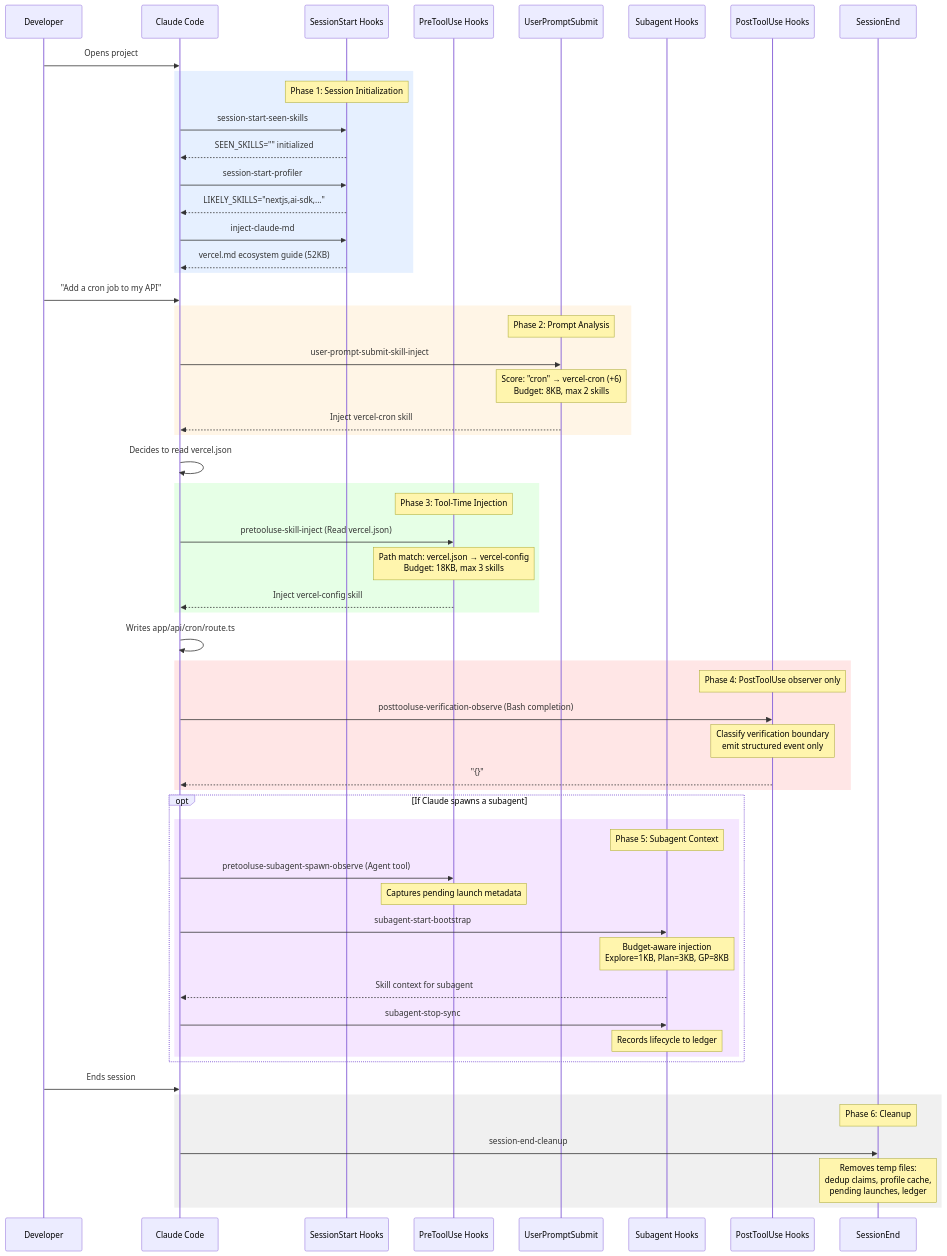
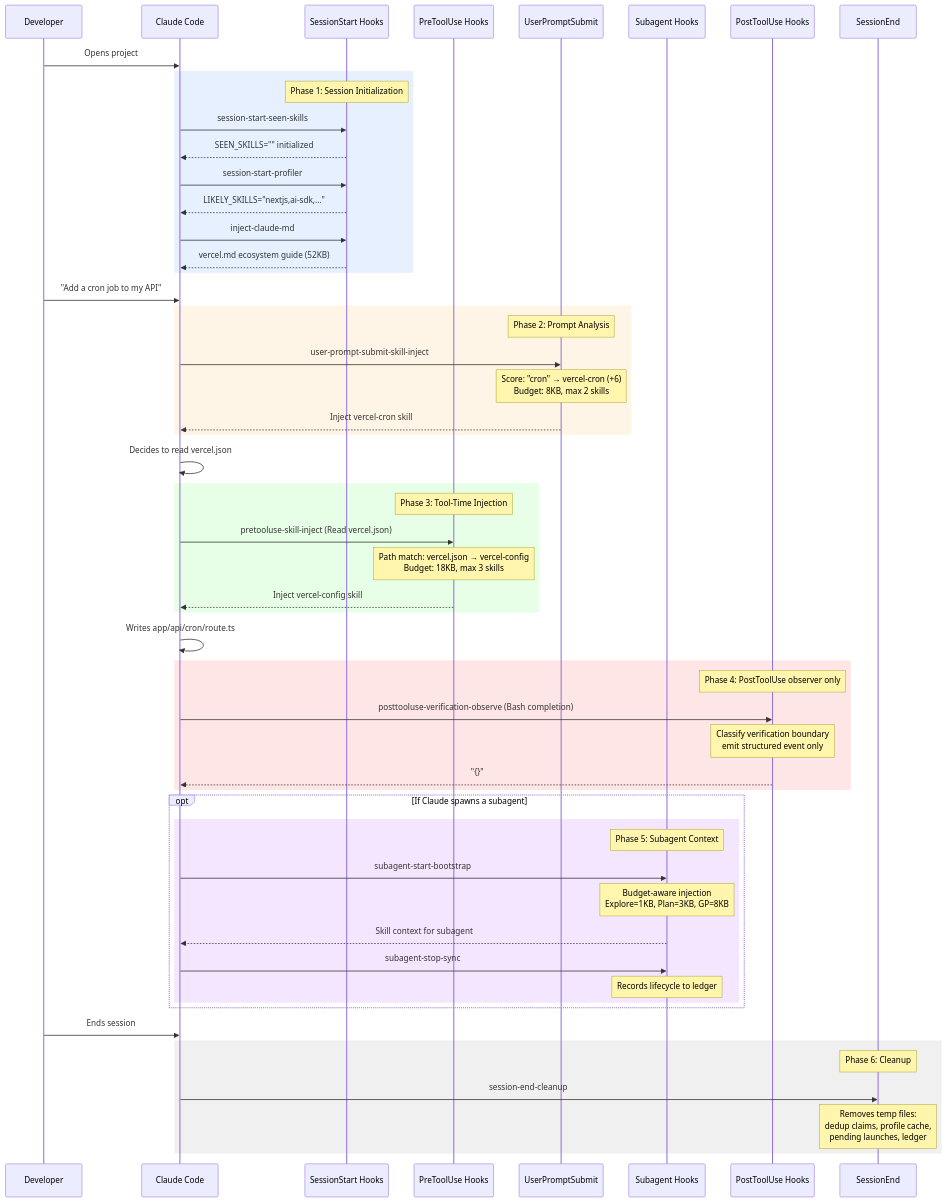
Before and after one commit to vercel-labs/vercel-plugin: the second of 2 diagrams in docs/01-architecture-overview.md, drawn with Mermaid. The commit also changed other lines of this file and 21 other files, not shown here.

Commit message:
removing subagent-spawn-observe

````diff
--- a/docs/01-architecture-overview.md
+++ b/docs/01-architecture-overview.md
@@ -108,71 +107,69 @@
 ```mermaid
 sequenceDiagram
     participant Dev as Developer
     participant CC as Claude Code
     participant SS as SessionStart Hooks
     participant PTU as PreToolUse Hooks
     participant UPS as UserPromptSubmit
     participant SA as Subagent Hooks
     participant POU as PostToolUse Hooks
     participant SE as SessionEnd
 
     Dev->>CC: Opens project
 
     rect rgb(230, 240, 255)
         Note over SS: Phase 1: Session Initialization
         CC->>SS: session-start-seen-skills
         SS-->>CC: SEEN_SKILLS="" initialized
         CC->>SS: session-start-profiler
         SS-->>CC: LIKELY_SKILLS="nextjs,ai-sdk,..."
         CC->>SS: inject-claude-md
         SS-->>CC: vercel.md ecosystem guide (52KB)
     end
 
     Dev->>CC: "Add a cron job to my API"
 
     rect rgb(255, 245, 230)
         Note over UPS: Phase 2: Prompt Analysis
         CC->>UPS: user-prompt-submit-skill-inject
         Note over UPS: Score: "cron" → vercel-cron (+6)<br/>Budget: 8KB, max 2 skills
         UPS-->>CC: Inject vercel-cron skill
     end
 
     CC->>CC: Decides to read vercel.json
 
     rect rgb(230, 255, 230)
         Note over PTU: Phase 3: Tool-Time Injection
         CC->>PTU: pretooluse-skill-inject (Read vercel.json)
         Note over PTU: Path match: vercel.json → vercel-config<br/>Budget: 18KB, max 3 skills
         PTU-->>CC: Inject vercel-config skill
     end
 
     CC->>CC: Writes app/api/cron/route.ts
 
     rect rgb(255, 230, 230)
         Note over POU: Phase 4: PostToolUse observer only
         CC->>POU: posttooluse-verification-observe (Bash completion)
         Note over POU: Classify verification boundary<br/>emit structured event only
         POU-->>CC: "{}"
     end
 
     opt If Claude spawns a subagent
         rect rgb(245, 230, 255)
             Note over SA: Phase 5: Subagent Context
-            CC->>PTU: pretooluse-subagent-spawn-observe (Agent tool)
-            Note over PTU: Captures pending launch metadata
             CC->>SA: subagent-start-bootstrap
             Note over SA: Budget-aware injection<br/>Explore=1KB, Plan=3KB, GP=8KB
             SA-->>CC: Skill context for subagent
             CC->>SA: subagent-stop-sync
             Note over SA: Records lifecycle to ledger
         end
     end
 
     Dev->>CC: Ends session
 
     rect rgb(240, 240, 240)
         Note over SE: Phase 6: Cleanup
         CC->>SE: session-end-cleanup
         Note over SE: Removes temp files:<br/>dedup claims, profile cache,<br/>pending launches, ledger
     end
 ```
````
